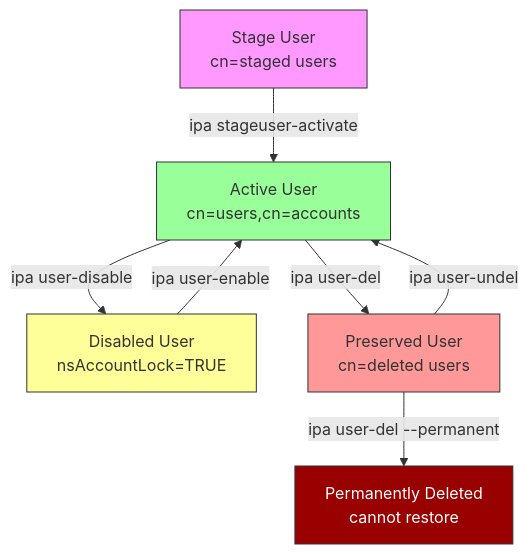
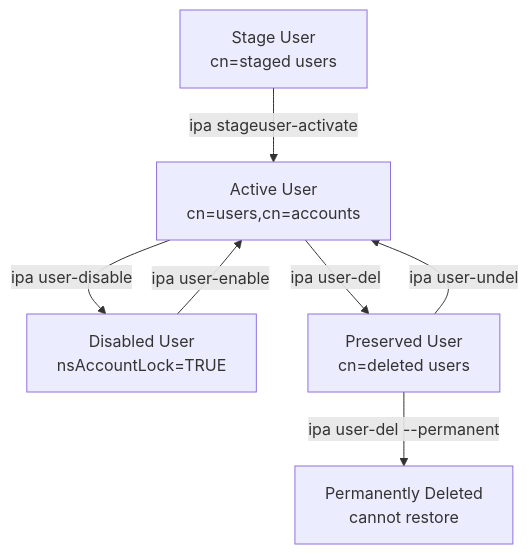
One commit to UncleJS/course_FreeIPA changed the first of 8 diagrams in 03_identity_users_groups.md. Above: the diagram before and after it, drawn with Mermaid.

Commit message:
Remove styles from identity users groups diagram
Removed styling for user states in the identity diagram.

````diff
--- a/03_identity_users_groups.md
+++ b/03_identity_users_groups.md
@@ -102,15 +102,11 @@
 ```mermaid
 graph TD
     A[Stage User\ncn=staged users] -->|ipa stageuser-activate| B[Active User\ncn=users,cn=accounts]
     B -->|ipa user-disable| C[Disabled User\nnsAccountLock=TRUE]
     C -->|ipa user-enable| B
     B -->|ipa user-del| D[Preserved User\ncn=deleted users]
     D -->|ipa user-undel| B
     D -->|ipa user-del --permanent| E[Permanently Deleted\ncannot restore]
 
-    style A fill:#f9f,stroke:#333
-    style B fill:#9f9,stroke:#333
-    style C fill:#ff9,stroke:#333
-    style D fill:#f99,stroke:#333
-    style E fill:#900,color:#fff,stroke:#333
+
 ```
````
